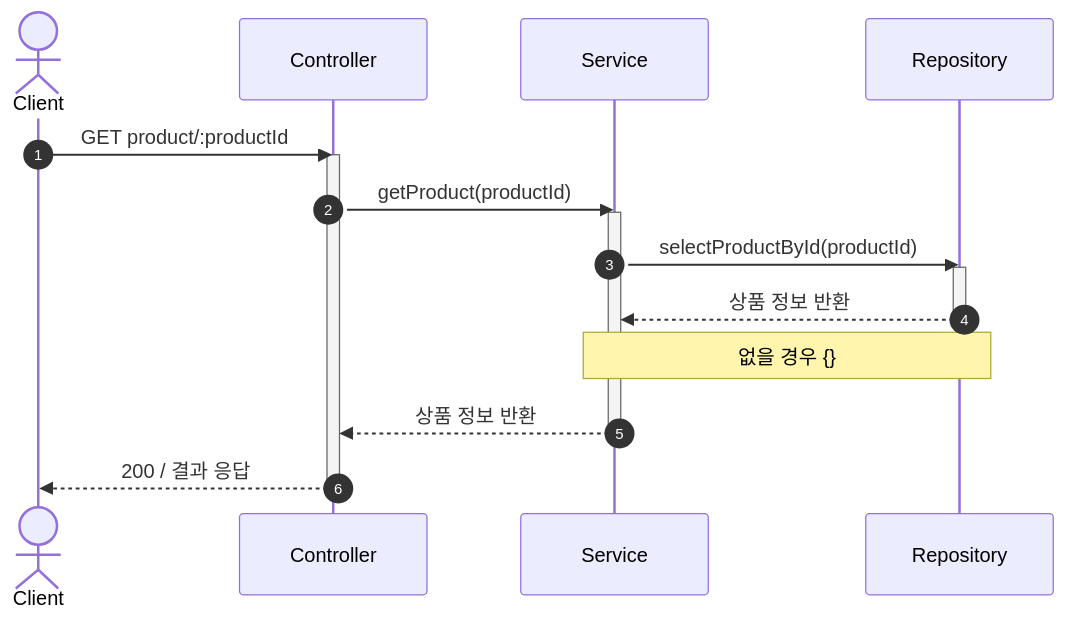
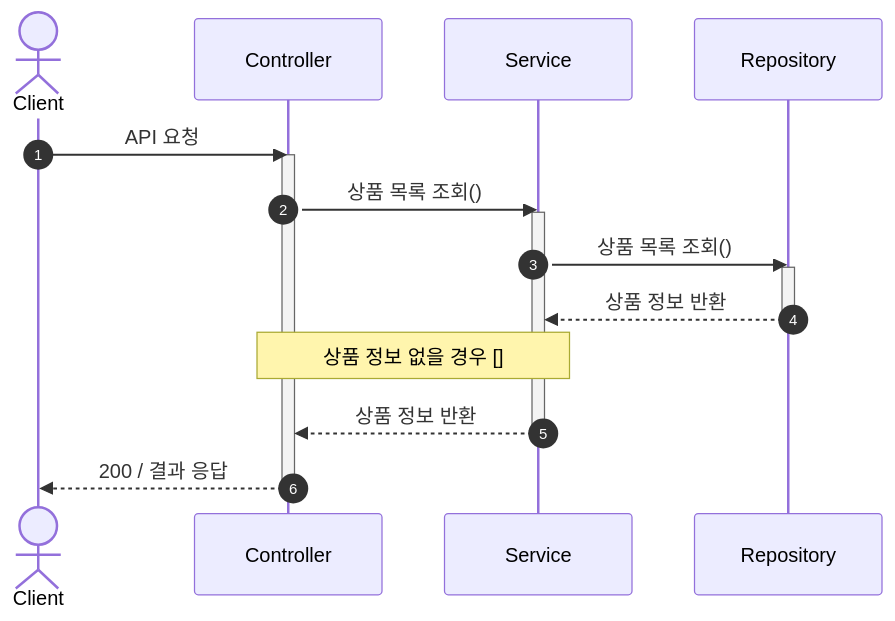
One commit to wooo73/hhplus-e-commerce changed the third of 7 diagrams in docs/sequence-diagram.md. Above: the diagram before and after it, drawn with Mermaid. The commit also changed other lines of this file, not shown here.

First line of the commit message:
docs: 시퀀스 다이어그램 수정

````diff
--- a/docs/sequence-diagram.md
+++ b/docs/sequence-diagram.md
@@ -79,23 +81,27 @@
 ```mermaid
 sequenceDiagram
 autonumber
     actor Client
     participant Controller
     participant Service
     participant Repository
 
-    Client ->> Controller: GET product/:productId
+    Client ->> Controller: API 요청
     activate Controller
-    Controller ->> Service: getProduct(productId)
+
+    Controller ->> Service: 상품 목록 조회()
     activate Service
-    Service ->> Repository: selectProductById(productId)
+
+    Service ->> Repository: 상품 목록 조회()
     activate Repository
+
     Repository -->> Service: 상품 정보 반환
     deactivate Repository
-    Note over Service,Repository: 없을 경우 {}
 
+    Note over Controller, Service: 상품 정보 없을 경우 []
     Service -->> Controller: 상품 정보 반환
     deactivate Service
+
     Controller -->> Client: 200 / 결과 응답
     deactivate Controller
 ```
````
